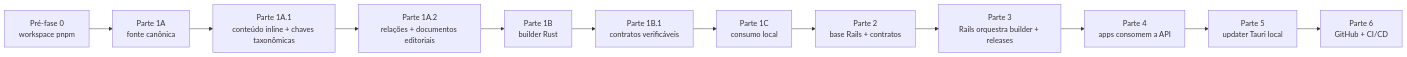
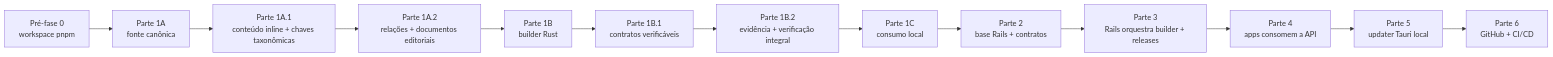
Before and after one commit to migmoroni/veterinary-clinic: the first of 3 diagrams in docs/plans/hub-server/README.md, drawn with Mermaid. The commit also changed other lines of this file and 46 other files, not shown here.

````diff
--- a/docs/plans/hub-server/README.md
+++ b/docs/plans/hub-server/README.md
@@ -34,17 +35,18 @@
 ```mermaid
 flowchart LR
     P0["Pré-fase 0<br/>workspace pnpm"]
     P1A["Parte 1A<br/>fonte canônica"]
     P1A1["Parte 1A.1<br/>conteúdo inline + chaves taxonômicas"]
     P1A2["Parte 1A.2<br/>relações + documentos editoriais"]
     P1B["Parte 1B<br/>builder Rust"]
     P1B1["Parte 1B.1<br/>contratos verificáveis"]
+    P1B2["Parte 1B.2<br/>evidência + verificação integral"]
     P1C["Parte 1C<br/>consumo local"]
     P2["Parte 2<br/>base Rails + contratos"]
     P3["Parte 3<br/>Rails orquestra builder + releases"]
     P4["Parte 4<br/>apps consomem a API"]
     P5["Parte 5<br/>updater Tauri local"]
     P6["Parte 6<br/>GitHub + CI/CD"]
 
-    P0 --> P1A --> P1A1 --> P1A2 --> P1B --> P1B1 --> P1C --> P2 --> P3 --> P4 --> P5 --> P6
+    P0 --> P1A --> P1A1 --> P1A2 --> P1B --> P1B1 --> P1B2 --> P1C --> P2 --> P3 --> P4 --> P5 --> P6
 ```
````
